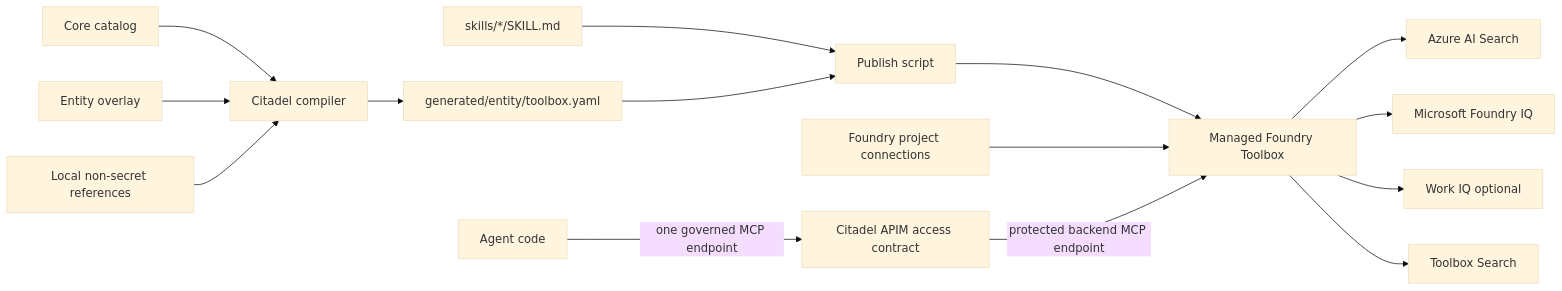
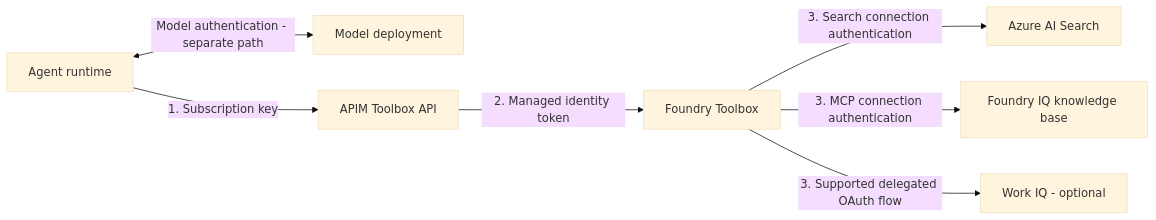
One commit to sibamoussa/citadel-toolbox-addon changed the first of 3 diagrams in README.md. Above: the diagram before and after it, drawn with Mermaid (base theme). The commit also changed other lines of this file, not shown here.

Commit message:
Clarify Toolbox authentication and organize first-run README

````diff
--- a/README.md
+++ b/README.md
@@ -58,17 +78,9 @@
 ```mermaid
 flowchart LR
-     Core[Core catalog] --> Compiler[Citadel compiler]
-     Overlay[Entity overlay] --> Compiler
-     Env[Local non-secret references] --> Compiler
-     Compiler --> Generated[generated/entity/toolbox.yaml]
-     Skills[skills/*/SKILL.md] --> Publish[Publish script]
-     Generated --> Publish
-     Publish --> Foundry[Managed Foundry Toolbox]
-     Connections[Foundry project connections] --> Foundry
-      Agent[Agent code] -->|one governed MCP endpoint| APIM[Citadel APIM access contract]
-      APIM -->|protected backend MCP endpoint| Foundry
-     Foundry --> Search[Azure AI Search]
-    Foundry --> IQ[Microsoft Foundry IQ]
-    Foundry --> Work[Work IQ optional]
-    Foundry --> Discovery[Toolbox Search]
+    Agent[Agent runtime] <-->|Model authentication - separate path| Model[Model deployment]
+    Agent -->|1. Subscription key| APIM[APIM Toolbox API]
+    APIM -->|2. Managed identity token| Toolbox[Foundry Toolbox]
+    Toolbox -->|3. Search connection authentication| Search[Azure AI Search]
+    Toolbox -->|3. MCP connection authentication| IQ[Foundry IQ knowledge base]
+    Toolbox -->|3. Supported delegated OAuth flow| Work[Work IQ - optional]
 ```
````
